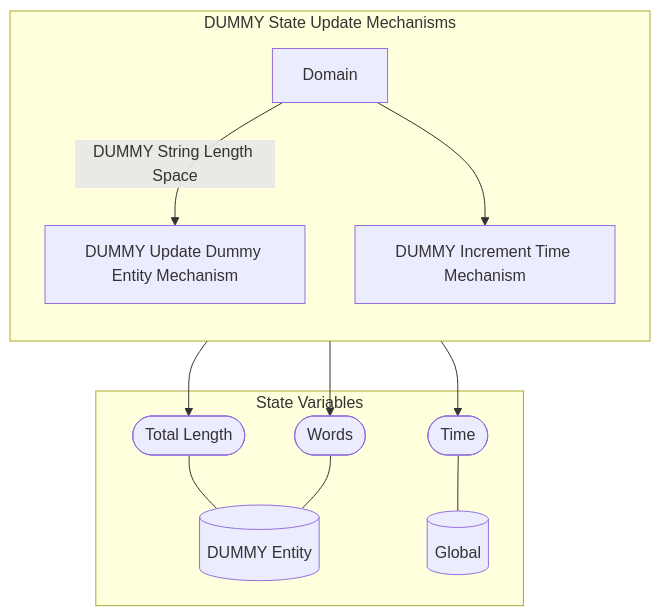
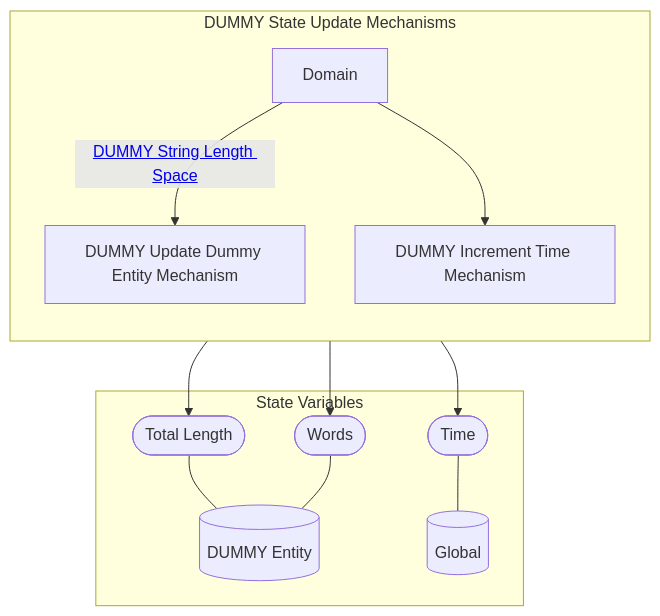
Before and after one commit to BlockScience/Predator-Prey-MSML: the second of 2 diagrams in reports/obsidian/Wiring/DUMMY State Update Mechanisms.md, drawn with Mermaid. The commit also changed other lines of this file and 48 other files, not shown here.

````diff
--- a/reports/obsidian/Wiring/DUMMY State Update Mechanisms.md
+++ b/reports/obsidian/Wiring/DUMMY State Update Mechanisms.md
@@ -42,35 +42,35 @@
 ```mermaid
 graph TB
 
 subgraph SVS["State Variables"]
 EE0[("DUMMY Entity")]
 EE1[("Global")]
 EES0(["Total Length"])
 EES0 --- EE0
 EES1(["Words"])
 EES1 --- EE0
 EES2(["Time"])
 EES2 --- EE1
 end
 
 subgraph X5["DUMMY State Update Mechanisms"]
 direction TB
 X1["DUMMY Update Dummy Entity Mechanism"]
 X1 --> EES1
 X1 --> EES0
 X2["DUMMY Increment Time Mechanism"]
 X2 --> EES2
 X3[Domain]
 
 direction LR
 direction TB
-X3 --"DUMMY String Length Space"--> X1
+X3 --"<a href='DUMMY String Length Space' class=internal-link>DUMMY String Length Space</a>"--> X1
 X3 --> X2
 end
 class X1 internal-link;
 class X2 internal-link;
 class X4 internal-link;
 class EE0 internal-link;
 class EE1 internal-link;
 
 ```
````
